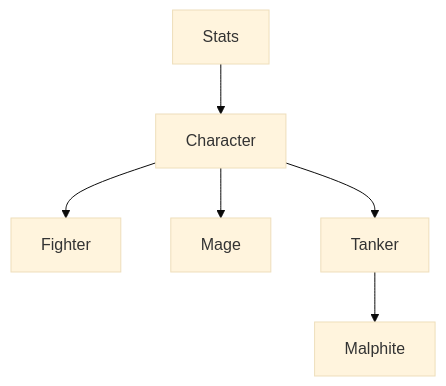
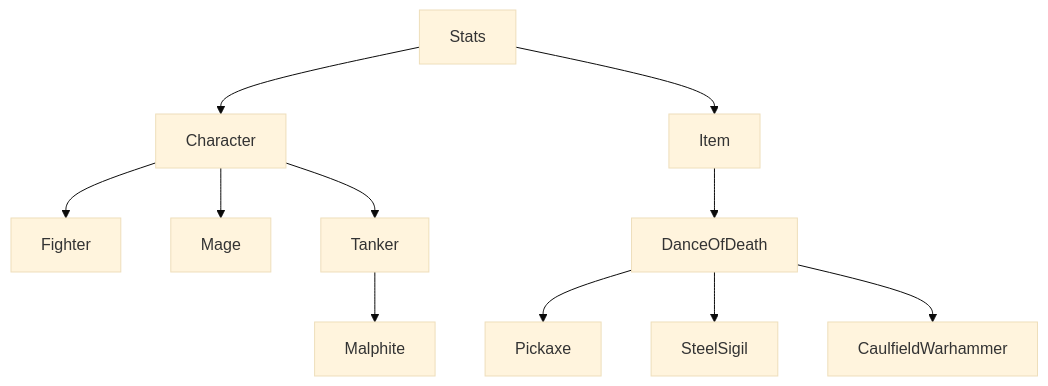
Before and after one commit to jhj1111/study_oop_practice: the diagram in lol_ws/README.md, drawn with Mermaid (base theme). The commit also changed other lines of this file, not shown here.

````diff
--- a/lol_ws/README.md
+++ b/lol_ws/README.md
@@ -1,5 +2,8 @@
 ```mermaid
 flowchart TB
-    Stats --> Character --> Fighter & Mage & Tanker
+    Stats --> Character & Item
+    Character --> Fighter & Mage & Tanker
     Tanker --> Malphite
+    Item --> DanceOfDeath
+    DanceOfDeath --> Pickaxe & SteelSigil & CaulfieldWarhammer
 ```
````
